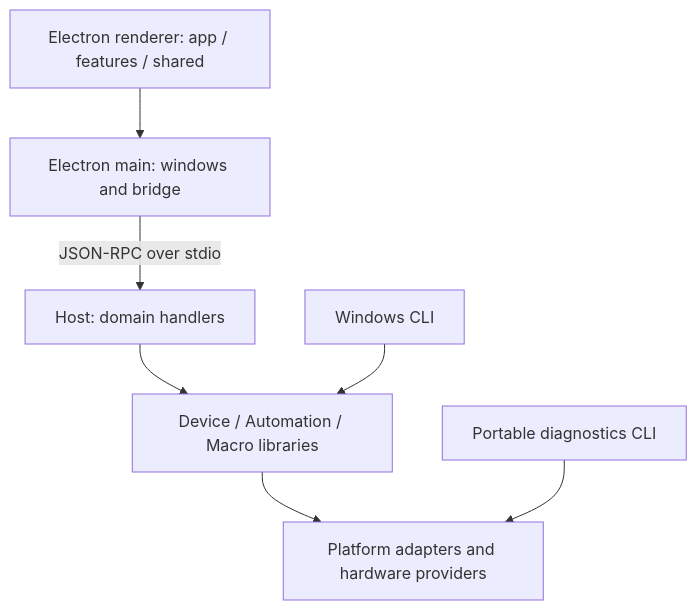
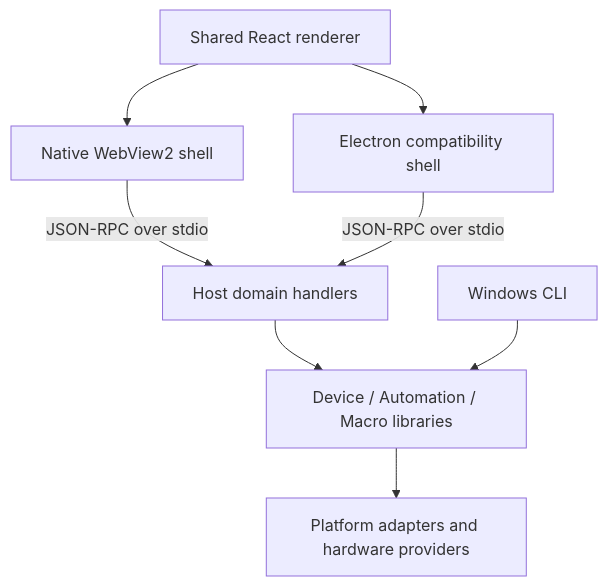
Before and after one commit to SSC-STUDIO/UniversalDeviceToolkit: the diagram in Docs/ARCHITECTURE.md, drawn with Mermaid. The commit also changed other lines of this file and 7 other files, not shown here.

````diff
--- a/Docs/ARCHITECTURE.md
+++ b/Docs/ARCHITECTURE.md
@@ -58,9 +55,10 @@
 ```mermaid
 flowchart TD
-    renderer[Electron renderer: app / features / shared] --> main[Electron main: windows and bridge]
-    main -->|JSON-RPC over stdio| host[Host: domain handlers]
+    renderer[Shared React renderer] --> webview[Native WebView2 shell]
+    renderer --> electron[Electron compatibility shell]
+    webview -->|JSON-RPC over stdio| host[Host domain handlers]
+    electron -->|JSON-RPC over stdio| host
     host --> business[Device / Automation / Macro libraries]
     cli[Windows CLI] --> business
     business --> adapters[Platform adapters and hardware providers]
-    portable[Portable diagnostics CLI] --> adapters
 ```
````
